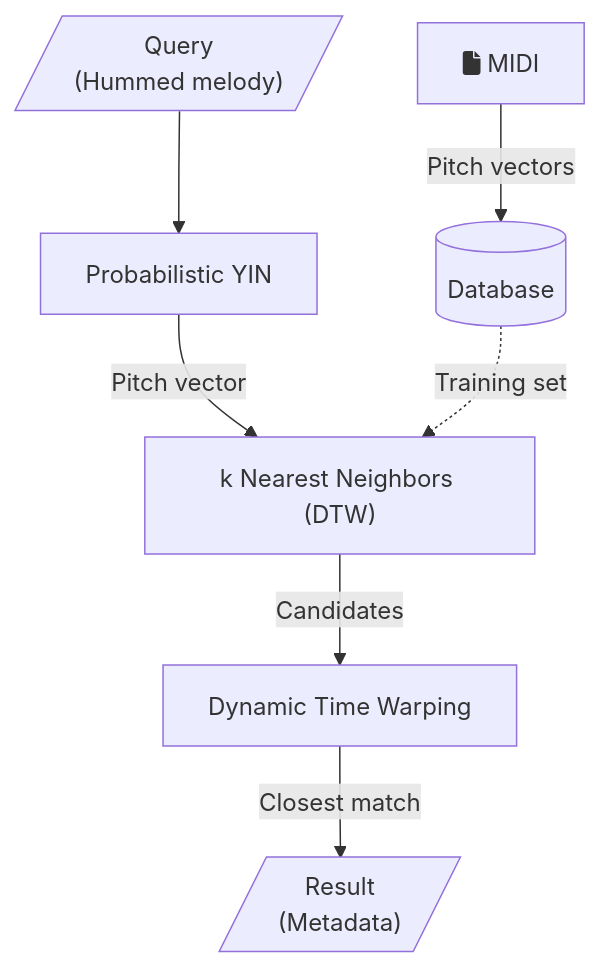
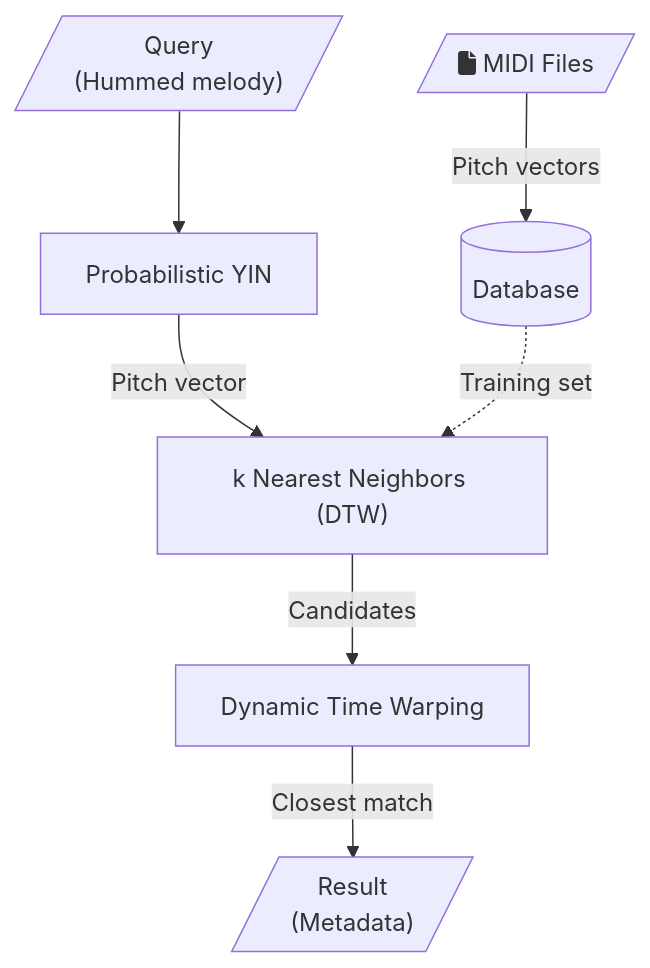
Before and after one commit to vivekvjyn/strawberry-fields: the diagram in README.md, drawn with Mermaid. The commit also changed 2 other files, not shown here.

````diff
--- a/README.md
+++ b/README.md
@@ -73,10 +73,10 @@
 ```mermaid
 flowchart TB;
    A[/"Query\n(Hummed melody)"/] --> B["Probabilistic YIN"];
    B -->|Pitch vector| C["k Nearest Neighbors (DTW)"];
    C -->|Candidates| D["Dynamic Time Warping"];
    D -->|Closest match| E[/"Result\n(Metadata)"/];
    G[("Database")] -.->|Training set| C
-   F["fa:fa-file MIDI"] -->|Pitch vectors| G
+   F[/"fa:fa-file MIDI Files"/] -->|Pitch vectors| G
     
 ```
````
